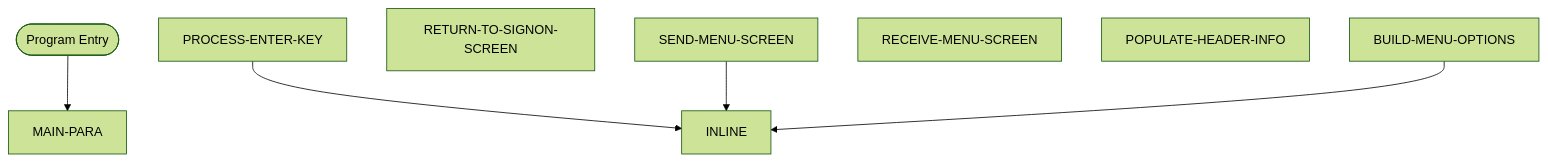
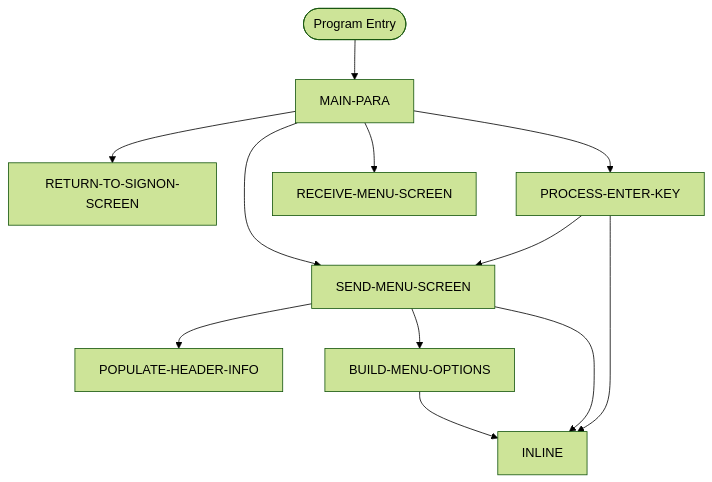
The second of 2 diagrams in Unisys_doc-main/doc_demo/docs/programs/COMEN01C.md (Arun973150/new_doc), drawn with Mermaid (forest theme) before and after one commit. The commit also changed other lines of this file and 716 other files, not shown here.

````diff
--- a/Unisys_doc-main/doc_demo/docs/programs/COMEN01C.md
+++ b/Unisys_doc-main/doc_demo/docs/programs/COMEN01C.md
@@ -388,15 +388,22 @@
 ```mermaid
 flowchart TD
     START([Program Entry])
     MAIN_PARA["MAIN-PARA"]
     PROCESS_ENTER_KEY["PROCESS-ENTER-KEY"]
     RETURN_TO_SIGNON_SCREEN["RETURN-TO-SIGNON-SCREEN"]
     SEND_MENU_SCREEN["SEND-MENU-SCREEN"]
     RECEIVE_MENU_SCREEN["RECEIVE-MENU-SCREEN"]
     POPULATE_HEADER_INFO["POPULATE-HEADER-INFO"]
     BUILD_MENU_OPTIONS["BUILD-MENU-OPTIONS"]
     START --> MAIN_PARA
+    MAIN_PARA --> RETURN_TO_SIGNON_SCREEN
+    MAIN_PARA --> SEND_MENU_SCREEN
+    MAIN_PARA --> RECEIVE_MENU_SCREEN
+    MAIN_PARA --> PROCESS_ENTER_KEY
+    PROCESS_ENTER_KEY --> SEND_MENU_SCREEN
+    SEND_MENU_SCREEN --> POPULATE_HEADER_INFO
+    SEND_MENU_SCREEN --> BUILD_MENU_OPTIONS
     PROCESS_ENTER_KEY --> INLINE
     SEND_MENU_SCREEN --> INLINE
     BUILD_MENU_OPTIONS --> INLINE
 ```
````
